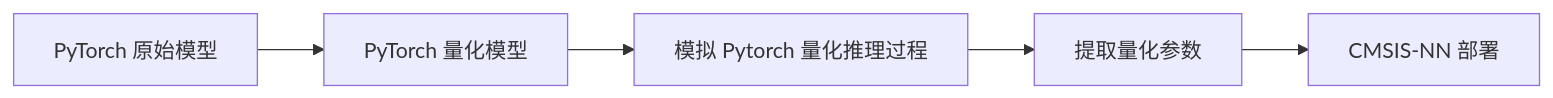
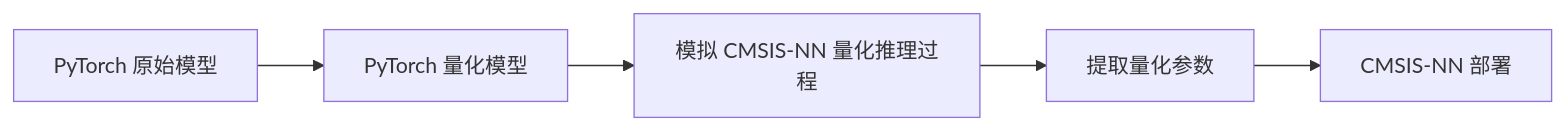
One commit to RichardYang233/QuantParamExtractor changed the diagram in README.md. Above: the diagram before and after it, drawn with Mermaid. The commit also changed other lines of this file and 31 other files, not shown here.

````diff
--- a/README.md
+++ b/README.md
@@ -7,7 +7,7 @@
 ```mermaid
 flowchart LR
     A[PyTorch 原始模型] --> B[PyTorch 量化模型]
-    B --> C[模拟 Pytorch 量化推理过程]
+    B --> C[模拟 CMSIS-NN 量化推理过程]
     C --> D[提取量化参数]
     D --> E[CMSIS-NN 部署]
 ```
````
